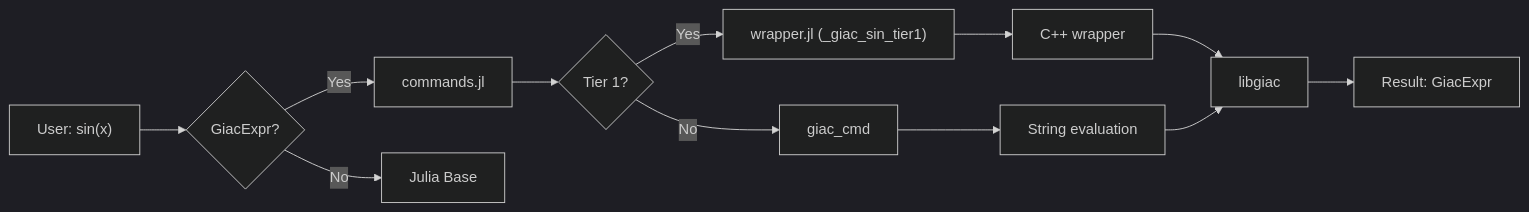
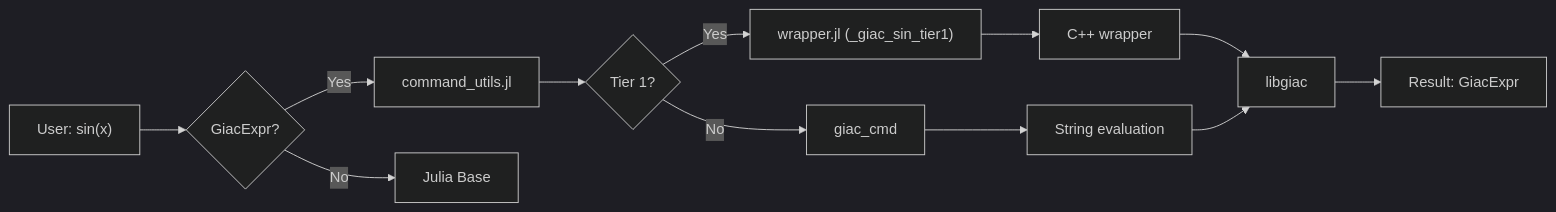
The fourth of 5 diagrams in docs/src/developer/architecture.md (s-celles/Giac.jl), drawn with Mermaid (dark theme) before and after one commit. The commit also changed other lines of this file and 5 other files, not shown here.

First line of the commit message:
refactor: rename commands.jl to command_utils.jl for cross-platform compatibility

````diff
--- a/docs/src/developer/architecture.md
+++ b/docs/src/developer/architecture.md
@@ -180,14 +180,14 @@
 ```mermaid
 flowchart LR
     A["User: sin(x)"] --> B{GiacExpr?}
-    B -->|Yes| C[commands.jl]
+    B -->|Yes| C[command_utils.jl]
     B -->|No| D[Julia Base]
     C --> E{Tier 1?}
     E -->|Yes| F["wrapper.jl (_giac_sin_tier1)"]
     E -->|No| G[giac_cmd]
     F --> H[C++ wrapper]
     G --> I[String evaluation]
     H --> J[libgiac]
     I --> J
     J --> K["Result: GiacExpr"]
 ```
````
